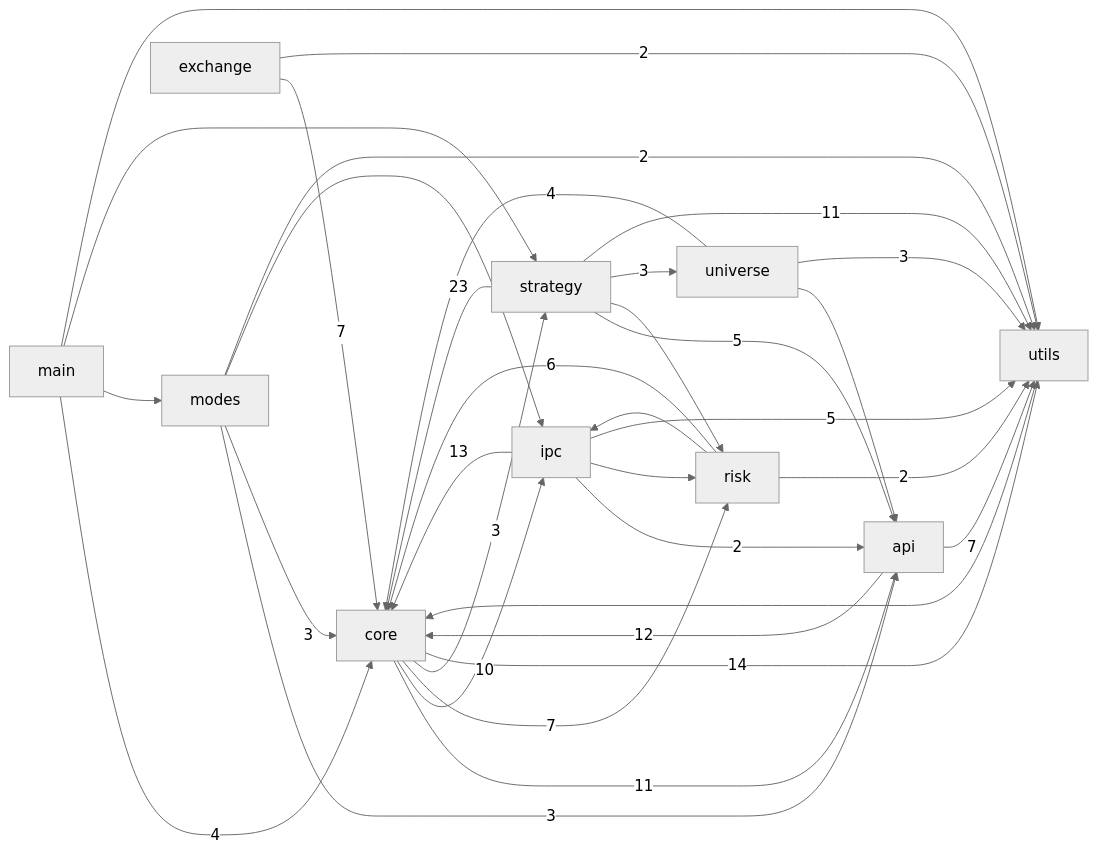
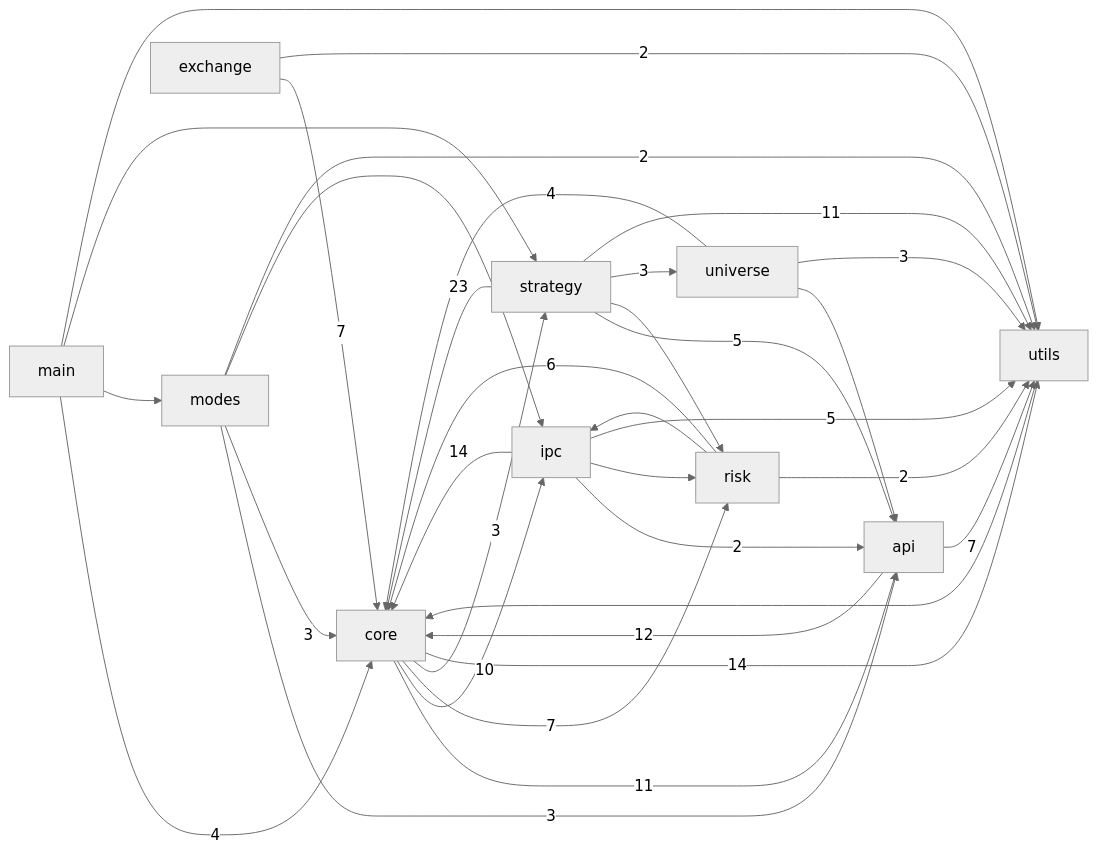
Before and after one commit to pypy8171/Quant: the first of 3 diagrams in docs/CODE_GRAPH.md, drawn with Mermaid (neutral theme). The commit also changed other lines of this file and 45 other files, not shown here.

````diff
--- a/docs/CODE_GRAPH.md
+++ b/docs/CODE_GRAPH.md
@@ -10,46 +10,46 @@
 ```mermaid
 graph LR
   main[main]
   modes[modes]
   core[core]
   strategy[strategy]
   api[api]
   universe[universe]
   risk[risk]
   ipc[ipc]
   utils[utils]
   exchange[exchange]
   api -->|12| core
   api -->|7| utils
   core -->|11| api
   core -->|10| ipc
   core -->|7| risk
   core -->|3| strategy
   core -->|14| utils
   exchange -->|7| core
   exchange -->|2| utils
   ipc -->|2| api
-  ipc -->|13| core
+  ipc -->|14| core
   ipc --> risk
   ipc -->|5| utils
   main -->|4| core
   main --> modes
   main --> strategy
   main --> utils
   modes -->|3| api
   modes -->|3| core
   modes --> ipc
   modes -->|2| utils
   risk -->|6| core
   risk --> ipc
   risk -->|2| utils
   strategy -->|5| api
   strategy -->|23| core
   strategy --> risk
   strategy -->|3| universe
   strategy -->|11| utils
   universe --> api
   universe -->|4| core
   universe -->|3| utils
   utils --> core
 ```
````
